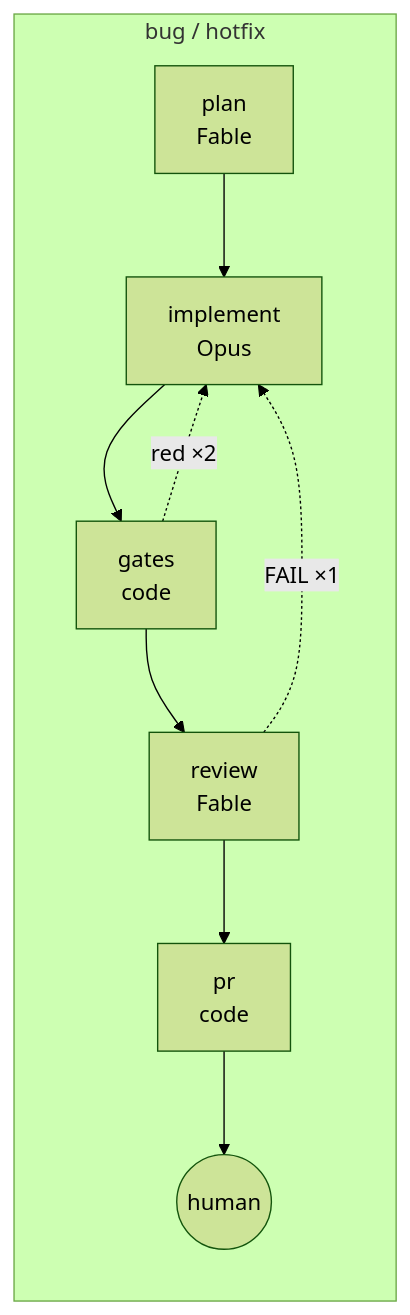
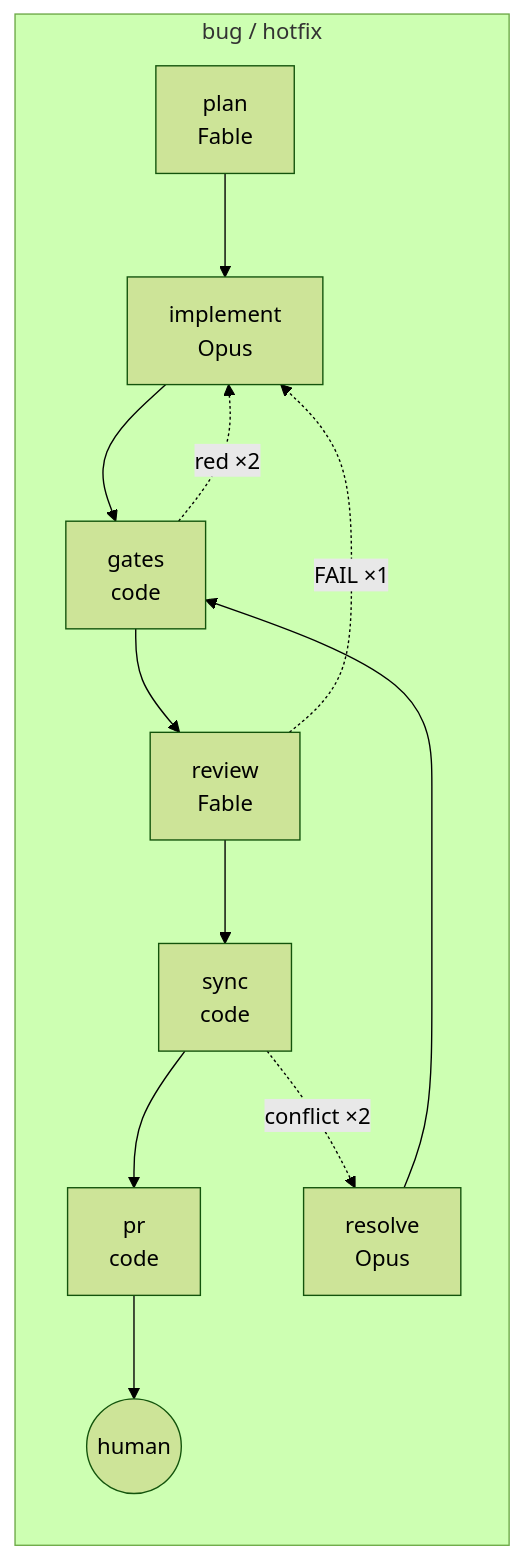
The second of 4 diagrams in website/content/en/guides/workflows.md (akkijp-oss/aifactory), drawn with Mermaid (forest theme) before and after one commit. The commit also changed other lines of this file and 28 other files, not shown here.

````diff
--- a/website/content/en/guides/workflows.md
+++ b/website/content/en/guides/workflows.md
@@ -27,8 +28,9 @@
 ```mermaid
 flowchart LR
   subgraph bug / hotfix
-    pl[plan<br>Fable] --> im[implement<br>Opus] --> ga[gates<br>code] --> re[review<br>Fable] --> pr[pr<br>code] --> hu((human))
+    pl[plan<br>Fable] --> im[implement<br>Opus] --> ga[gates<br>code] --> re[review<br>Fable] --> sy[sync<br>code] --> pr[pr<br>code] --> hu((human))
     ga -. red ×2 .-> im
     re -. FAIL ×1 .-> im
+    sy -. conflict ×2 .-> rz[resolve<br>Opus] --> ga
   end
 ```
````
